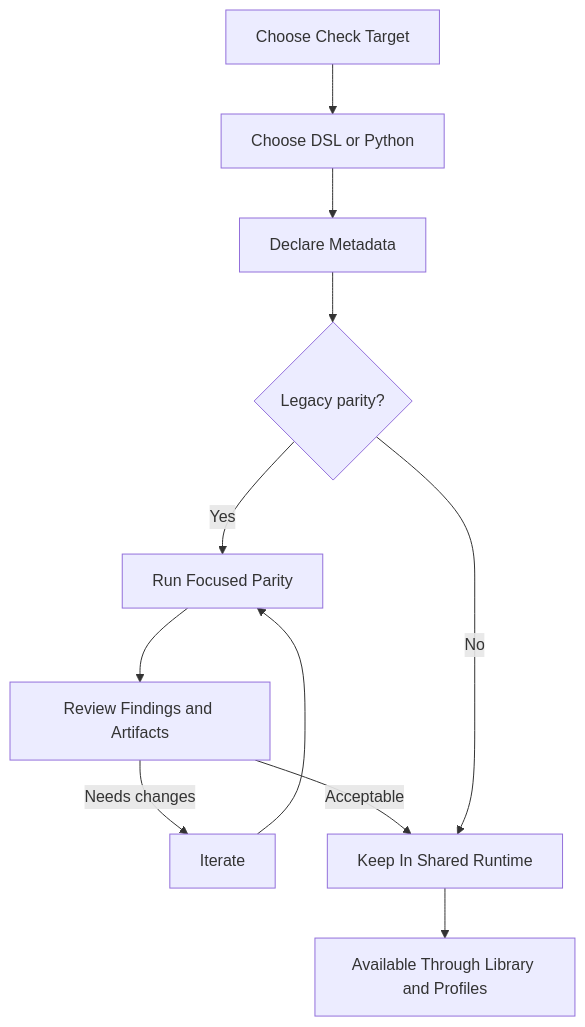
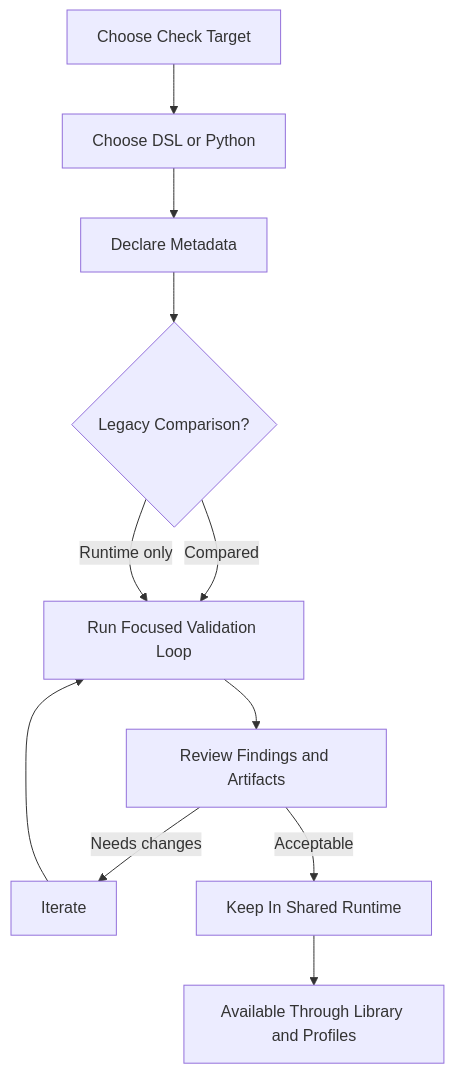
Before and after one commit to bobcorn/openfoodfacts-data-quality: the diagram in docs/guides/authoring-checks.md, drawn with Mermaid. The commit also changed other lines of this file and 128 other files, not shown here.

````diff
--- a/docs/guides/authoring-checks.md
+++ b/docs/guides/authoring-checks.md
@@ -9,21 +9,21 @@
 ```mermaid
 flowchart TB
     A["Choose Check Target"]
     B["Choose DSL or Python"]
     C["Declare Metadata"]
-    D{"Legacy parity?"}
-    E["Run Focused Parity"]
+    D{"Legacy Comparison?"}
+    E["Run Focused Validation Loop"]
     F["Review Findings and Artifacts"]
     G["Iterate"]
     H["Keep In Shared Runtime"]
     I["Available Through Library and Profiles"]
 
     A --> B --> C --> D
-    D -->|"Yes"| E
+    D -->|"Compared"| E
+    D -->|"Runtime only"| E
     E --> F
     F -->|"Needs changes"| G
     G --> E
     F -->|"Acceptable"| H
-    D -->|"No"| H
     H --> I
 ```
````
